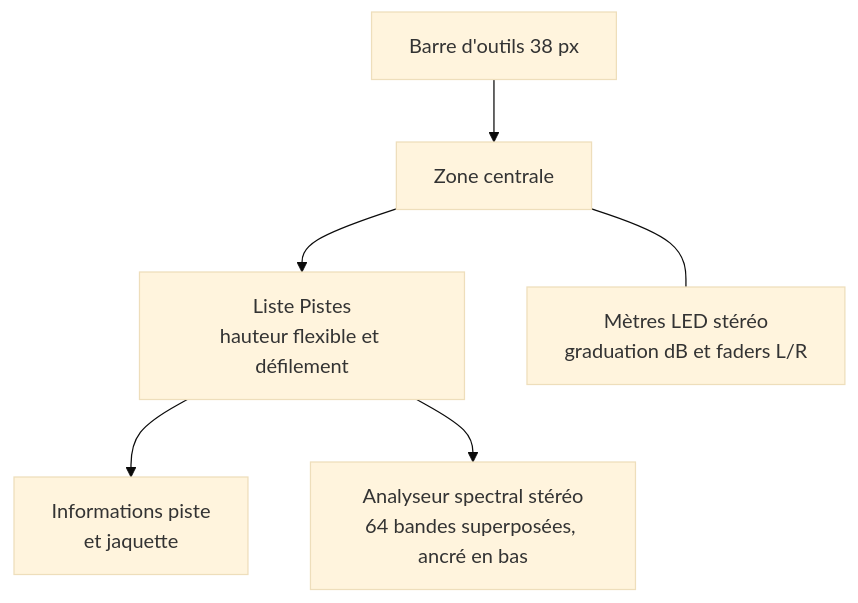
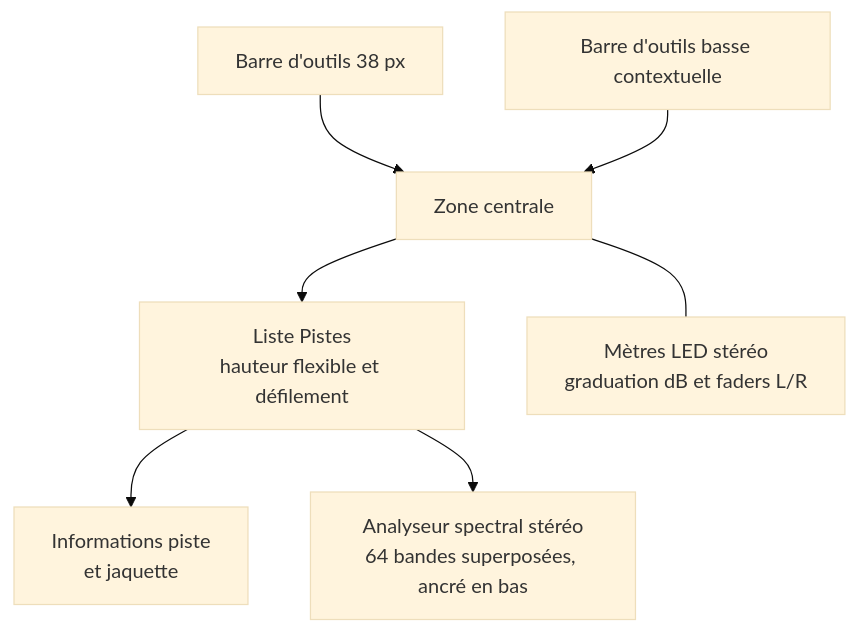
One commit to Conan42/Play changed the second of 4 diagrams in docs/ARCHITECTURE.md. Above: the diagram before and after it, drawn with Mermaid (base theme). The commit also changed other lines of this file and 8 other files, not shown here.

````diff
--- a/docs/ARCHITECTURE.md
+++ b/docs/ARCHITECTURE.md
@@ -66,14 +76,16 @@
 ```mermaid
 flowchart TB
     Toolbar[Barre d'outils 38 px]
+    ModeToolbar[Barre d'outils basse contextuelle]
     Main[Zone centrale]
     Tracks[Liste Pistes\nhauteur flexible et défilement]
     Info[Informations piste\net jaquette]
     Spectrum[Analyseur spectral stéréo\n64 bandes superposées, ancré en bas]
     Stereo[Mètres LED stéréo\ngraduation dB et faders L/R]
     Toolbar --> Main
+    ModeToolbar --> Main
     Main --> Tracks
     Tracks --> Info
     Tracks --> Spectrum
     Main --- Stereo
 ```
````
